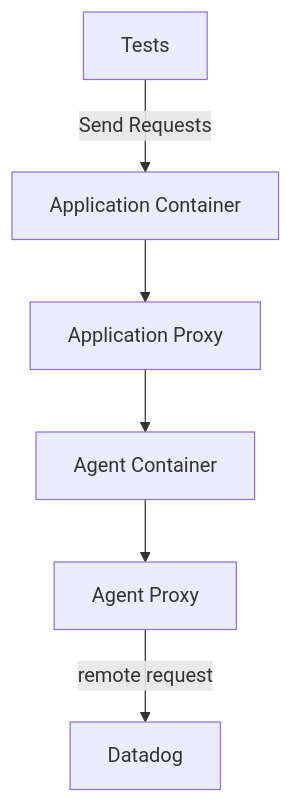
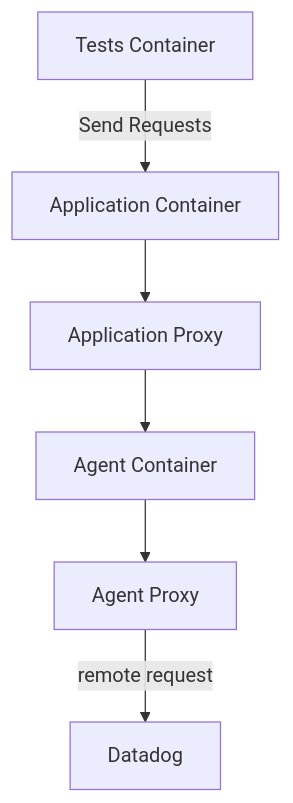
One commit to DataDog/system-tests changed the first of 2 diagrams in docs/architecture/overview.md. Above: the diagram before and after it, drawn with Mermaid. The commit also changed other lines of this file, not shown here.

Commit message:
Missed a container

````diff
--- a/docs/architecture/overview.md
+++ b/docs/architecture/overview.md
@@ -25,9 +26,9 @@
 ```mermaid
 flowchart TD
-    TESTS[Tests] -->|Send Requests| APP
+    TESTS[Tests Container] -->|Send Requests| APP
     APP[Application Container] --> APPPROXY
     APPPROXY[Application Proxy] --> AGENT
     AGENT[Agent Container] --> AGENTPROXY
     AGENTPROXY[Agent Proxy] -->|remote request| BACKEND
     BACKEND[Datadog]
 ```
````
